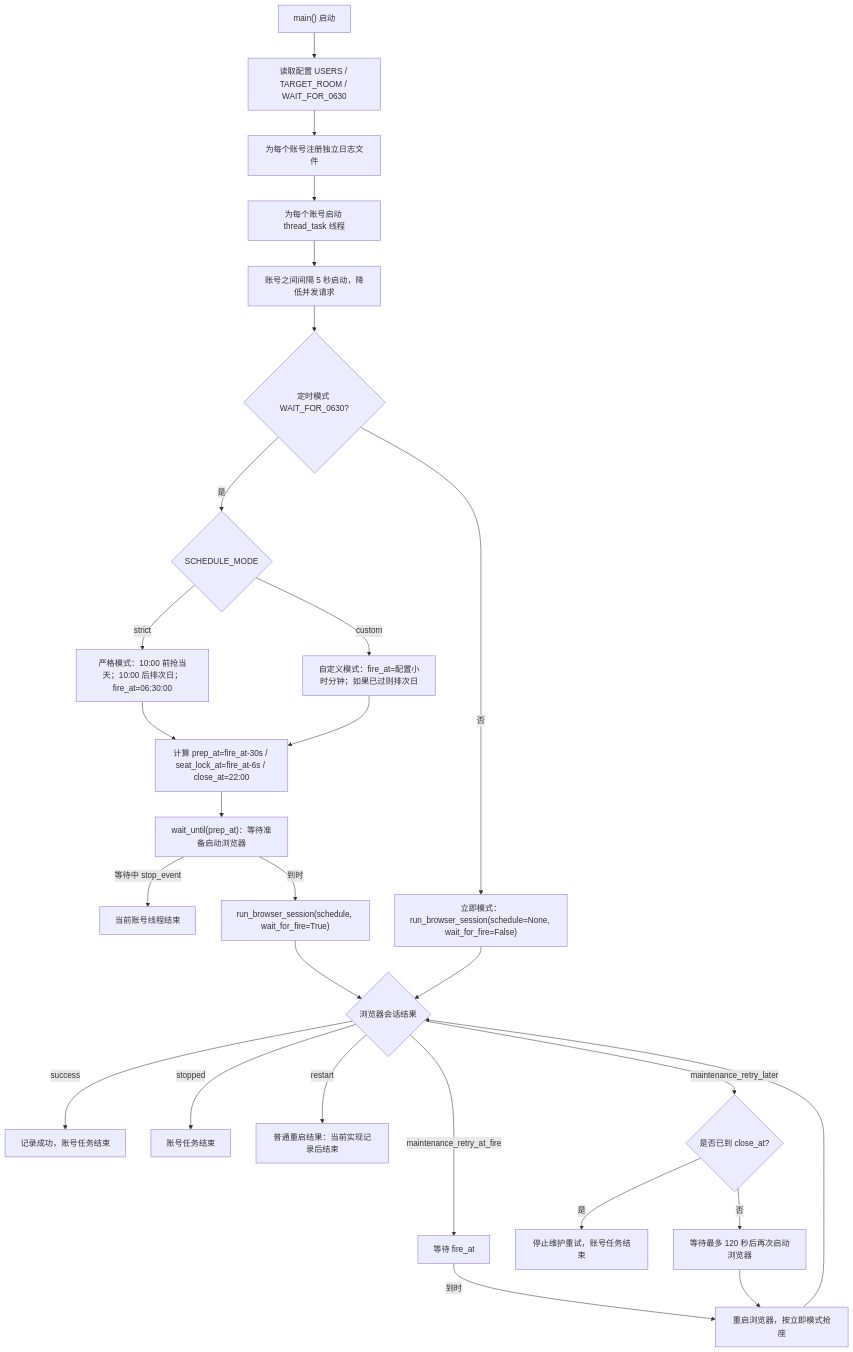
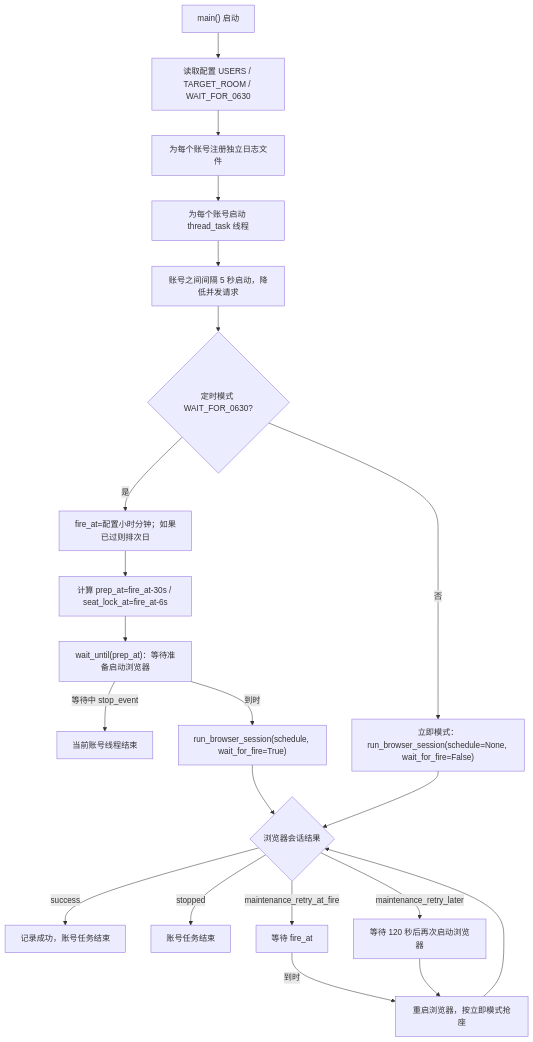
Before and after one commit to XUNRANA/LNU-LibSeat-Automation: the first of 10 diagrams in docs/BOOKING_FLOWCHART.md, drawn with Mermaid. The commit also changed other lines of this file and 64 other files, not shown here.

````diff
--- a/docs/BOOKING_FLOWCHART.md
+++ b/docs/BOOKING_FLOWCHART.md
@@ -15,33 +23,27 @@
 ```mermaid
 flowchart TD
     A["main() 启动"] --> B["读取配置 USERS / TARGET_ROOM / WAIT_FOR_0630"]
     B --> C["为每个账号注册独立日志文件"]
     C --> D["为每个账号启动 thread_task 线程"]
     D --> E["账号之间间隔 5 秒启动，降低并发请求"]
     E --> F{"定时模式 WAIT_FOR_0630?"}
 
-    F -- "是" --> G{"SCHEDULE_MODE"}
-    G -- "strict" --> G1["严格模式：10:00 前抢当天；10:00 后排次日；fire_at=06:30:00"]
-    G -- "custom" --> G2["自定义模式：fire_at=配置小时分钟；如果已过则排次日"]
-    G1 --> H["计算 prep_at=fire_at-30s / seat_lock_at=fire_at-6s / close_at=22:00"]
-    G2 --> H
+    F -- "是" --> G["fire_at=配置小时分钟；如果已过则排次日"]
+    G --> H["计算 prep_at=fire_at-30s / seat_lock_at=fire_at-6s"]
     H --> I["wait_until(prep_at)：等待准备启动浏览器"]
     I -- "等待中 stop_event" --> Z1["当前账号线程结束"]
     I -- "到时" --> J["run_browser_session(schedule, wait_for_fire=True)"]
 
     F -- "否" --> K["立即模式：run_browser_session(schedule=None, wait_for_fire=False)"]
 
     J --> L{"浏览器会话结果"}
     K --> L
 
     L -- "success" --> Z2["记录成功，账号任务结束"]
     L -- "stopped" --> Z3["账号任务结束"]
-    L -- "restart" --> Z4["普通重启结果：当前实现记录后结束"]
     L -- "maintenance_retry_at_fire" --> M["等待 fire_at"]
     M -- "到时" --> N["重启浏览器，按立即模式抢座"]
     N --> L
-    L -- "maintenance_retry_later" --> O{"是否已到 close_at?"}
-    O -- "是" --> Z5["停止维护重试，账号任务结束"]
-    O -- "否" --> P["等待最多 120 秒后再次启动浏览器"]
+    L -- "maintenance_retry_later" --> P["等待 120 秒后再次启动浏览器"]
     P --> N
 ```
````
